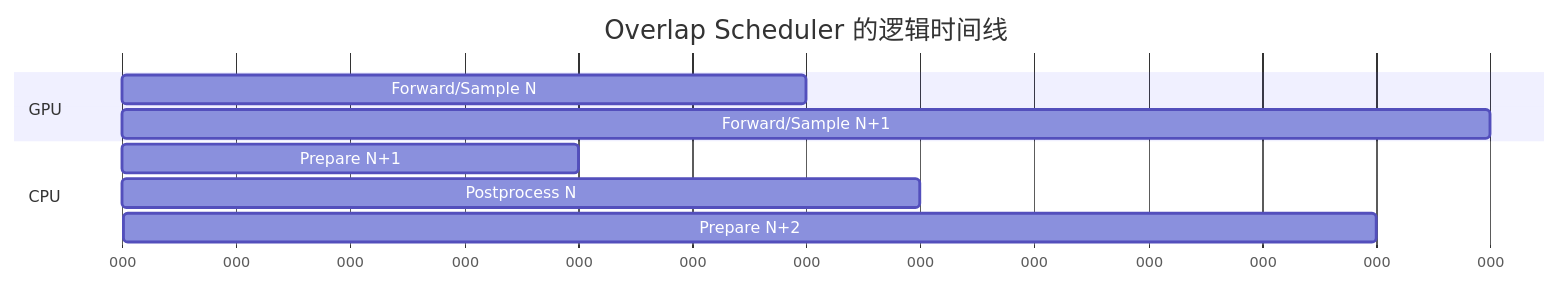
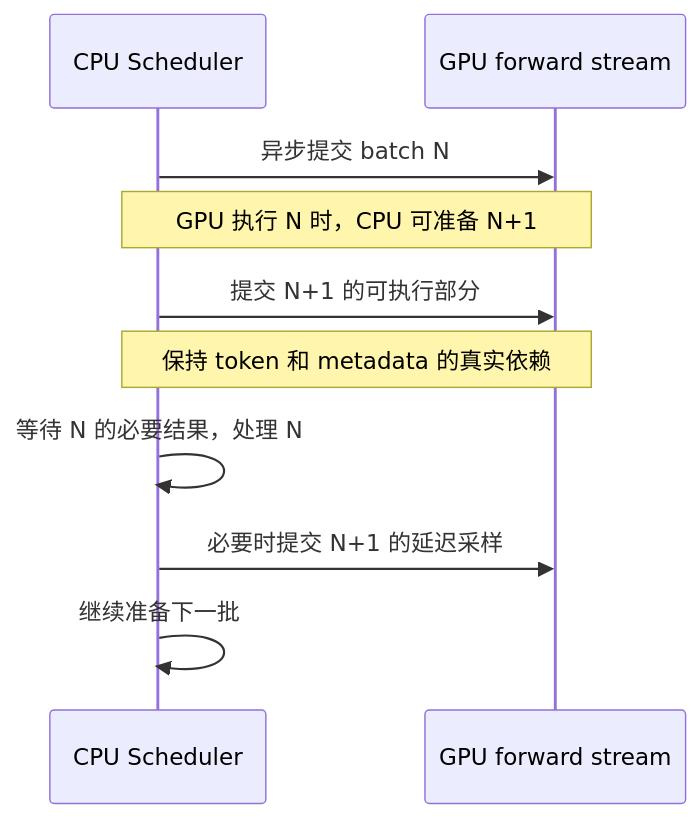
Before and after one commit to Asher-XunZhang/ai-infra-wiki: the fifth of 7 diagrams in sglang/SGLang 调度器请求生命周期与重叠调度学习文档.md, drawn with Mermaid. The commit also changed other lines of this file and 11 other files, not shown here.

````diff
--- a/sglang/SGLang 调度器请求生命周期与重叠调度学习文档.md
+++ b/sglang/SGLang 调度器请求生命周期与重叠调度学习文档.md
@@ -437,13 +451,12 @@
 ```mermaid
-gantt
-    title Overlap Scheduler 的逻辑时间线
-    dateFormat X
-    axisFormat %L
-    section GPU
-    Forward/Sample N   :0, 6
-    Forward/Sample N+1 :6, 12
-    section CPU
-    Prepare N+1        :1, 4
-    Postprocess N      :4, 7
-    Prepare N+2        :7, 11
+sequenceDiagram
+    participant C as CPU Scheduler
+    participant G as GPU forward stream
+    C->>G: 异步提交 batch N
+    Note over C,G: GPU 执行 N 时，CPU 可准备 N+1
+    C->>G: 提交 N+1 的可执行部分
+    Note over C,G: 保持 token 和 metadata 的真实依赖
+    C->>C: 等待 N 的必要结果，处理 N
+    C->>G: 必要时提交 N+1 的延迟采样
+    C->>C: 继续准备下一批
 ```
````
